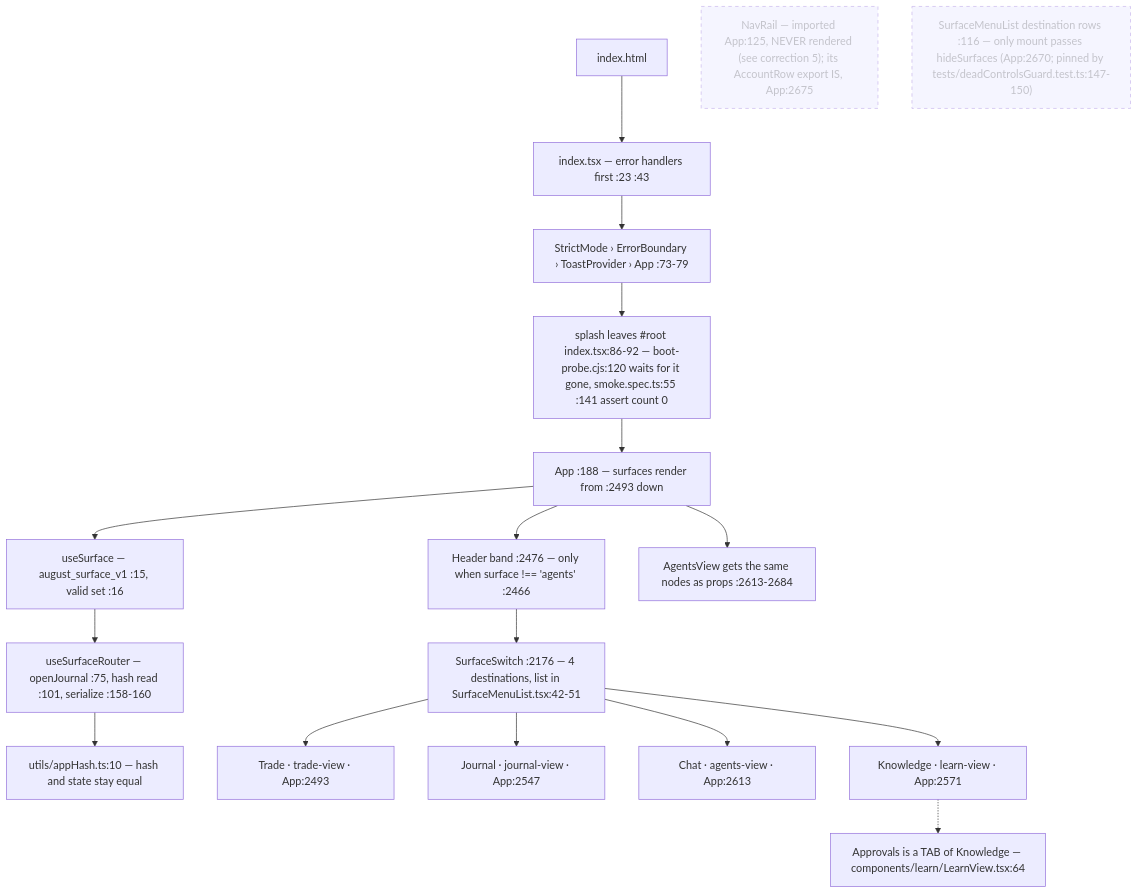
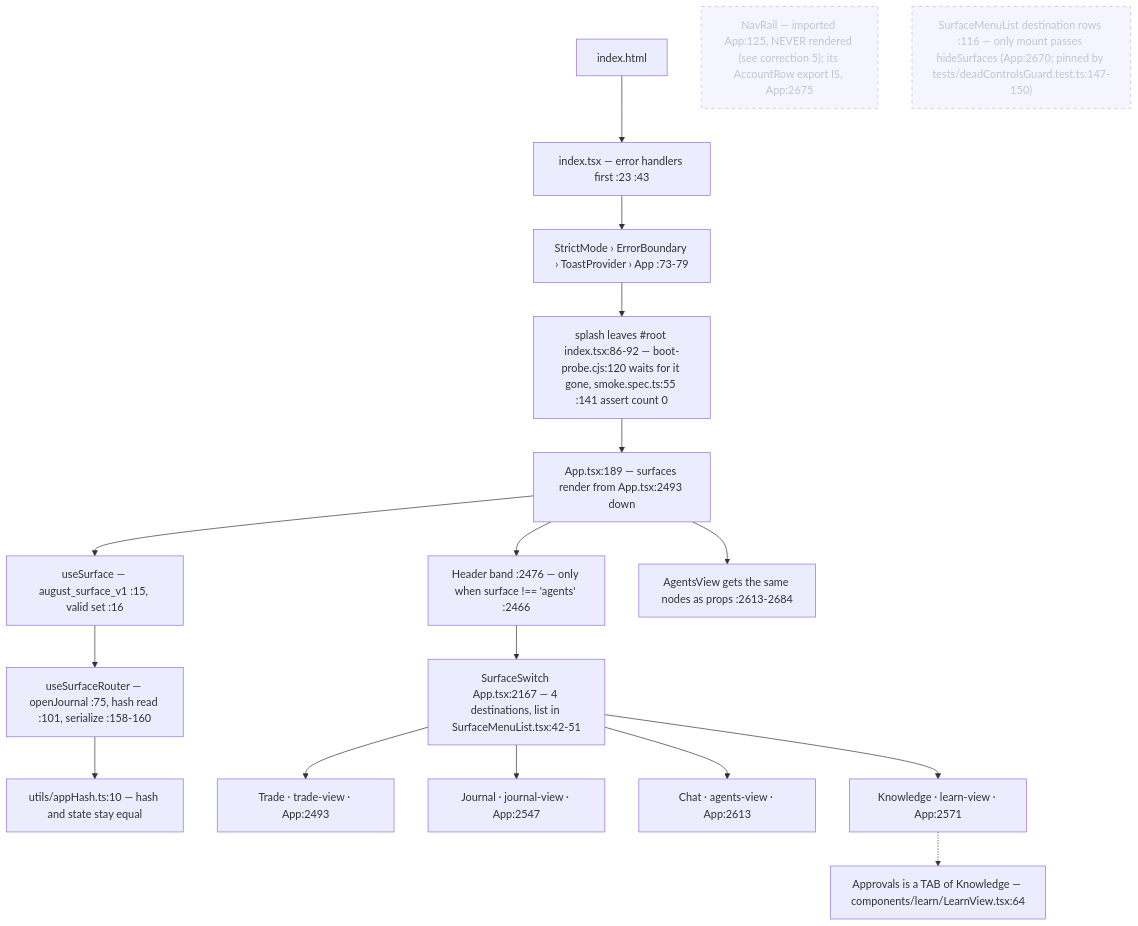
One commit to Acepay25/august-3.5 changed the first of 7 diagrams in docs/app-flow.md. Above: the diagram before and after it, drawn with Mermaid. The commit also changed other lines of this file and 2 other files, not shown here.

````diff
--- a/docs/app-flow.md
+++ b/docs/app-flow.md
@@ -21,21 +21,21 @@
 ```mermaid
 flowchart TD
     H["index.html"] --> I["index.tsx — error handlers first :23 :43"]
     I --> S["StrictMode › ErrorBoundary › ToastProvider › App :73-79"]
     S --> SP["splash leaves #root index.tsx:86-92 — boot-probe.cjs:120 waits for it gone, smoke.spec.ts:55 :141 assert count 0"]
-    SP --> APP["App :188 — surfaces render from :2493 down"]
+    SP --> APP["App.tsx:189 — surfaces render from App.tsx:2493 down"]
     APP --> US["useSurface — august_surface_v1 :15, valid set :16"]
     US --> UR["useSurfaceRouter — openJournal :75, hash read :101, serialize :158-160"]
     UR --> HASH["utils/appHash.ts:10 — hash and state stay equal"]
     APP --> HD["Header band :2476 — only when surface !== 'agents' :2466"]
-    HD --> SW["SurfaceSwitch :2176 — 4 destinations, list in SurfaceMenuList.tsx:42-51"]
+    HD --> SW["SurfaceSwitch App.tsx:2167 — 4 destinations, list in SurfaceMenuList.tsx:42-51"]
     APP --> AV["AgentsView gets the same nodes as props :2613-2684"]
     SW --> T["Trade · trade-view · App:2493"]
     SW --> J["Journal · journal-view · App:2547"]
     SW --> C["Chat · agents-view · App:2613"]
     SW --> K["Knowledge · learn-view · App:2571"]
     K -.-> AP["Approvals is a TAB of Knowledge — components/learn/LearnView.tsx:64"]
     NR["NavRail — imported App:125, NEVER rendered (see correction 5); its AccountRow export IS, App:2675"]:::dead
     SM["SurfaceMenuList destination rows :116 — only mount passes hideSurfaces (App:2670; pinned by tests/deadControlsGuard.test.ts:147-150)"]:::dead
     classDef dead stroke-dasharray: 5 5,opacity:.5
 ```
````
